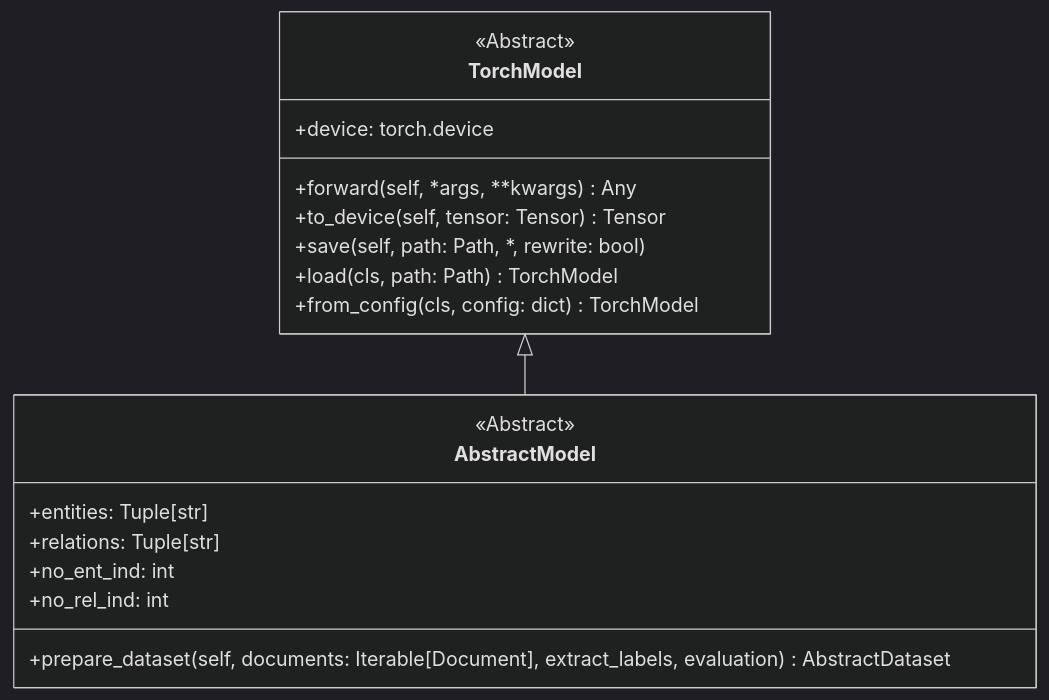
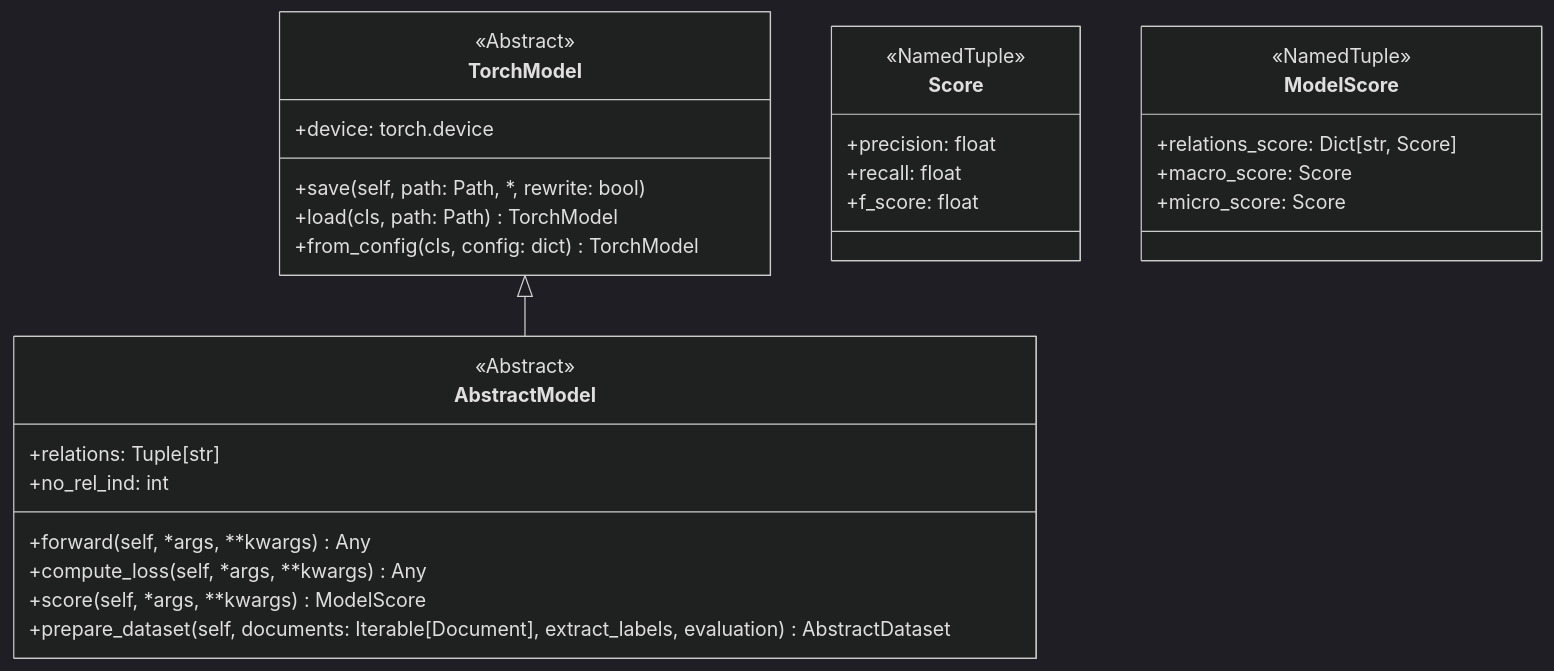
Before and after one commit to phos-phophy/creed: the fourth of 4 diagrams in README.md, drawn with Mermaid (dark theme). The commit also changed other lines of this file, not shown here.

````diff
--- a/README.md
+++ b/README.md
@@ -142,25 +149,38 @@
 ```mermaid
 classDiagram
 direction TB
 
    class TorchModel{
       <<Abstract>>
       +device: torch.device
-      +forward(self, *args, **kwargs) Any
-      +to_device(self, tensor: Tensor) Tensor
       +save(self, path: Path, *, rewrite: bool)
       +load(cls, path: Path) TorchModel
       +from_config(cls, config: dict) TorchModel
    }
    TorchModel <|-- AbstractModel
    
    class AbstractModel{
       <<Abstract>>
-      +entities: Tuple[str]
       +relations: Tuple[str]
-      +no_ent_ind: int
       +no_rel_ind: int
+      +forward(self, *args, **kwargs) Any
+      +compute_loss(self, *args, **kwargs) Any
+      +score(self, *args, **kwargs) ModelScore
       +prepare_dataset(self, documents: Iterable[Document], extract_labels, evaluation)  AbstractDataset
    }
    
+   class Score{
+      <<NamedTuple>>
+      +precision: float
+      +recall: float
+      +f_score: float
+   }
+   
+   class ModelScore{
+      <<NamedTuple>>
+      +relations_score: Dict[str, Score]
+      +macro_score: Score
+      +micro_score: Score
+   }
+   
 ```
````
